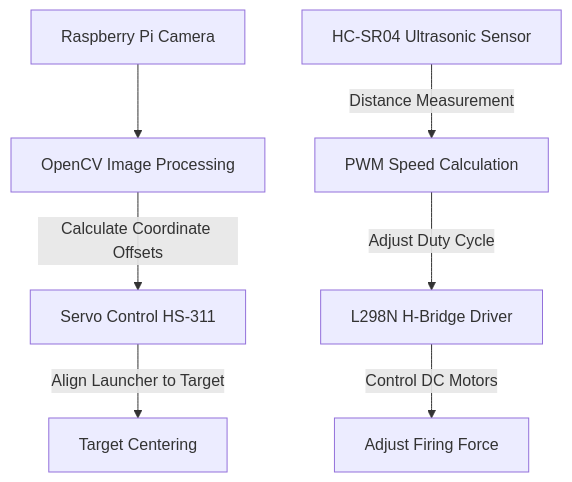
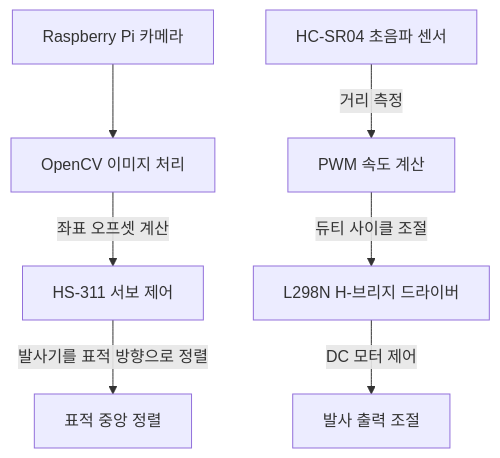
Before and after one commit to AlexL71/dadaboev-portfolio: the diagram in src/pages/ko/research-and-projects/autonomous-ball-launcher.md, drawn with Mermaid. The commit also changed other lines of this file and 27 other files, not shown here.

````diff
--- a/src/pages/ko/research-and-projects/autonomous-ball-launcher.md
+++ b/src/pages/ko/research-and-projects/autonomous-ball-launcher.md
@@ -18,9 +18,9 @@
 ```mermaid
 graph TD
-    A[Raspberry Pi Camera] --> B[OpenCV Image Processing]
-    B -->|Calculate Coordinate Offsets| C[Servo Control HS-311]
-    C -->|Align Launcher to Target| D[Target Centering]
-    E[HC-SR04 Ultrasonic Sensor] -->|Distance Measurement| F[PWM Speed Calculation]
-    F -->|Adjust Duty Cycle| G[L298N H-Bridge Driver]
-    G -->|Control DC Motors| H[Adjust Firing Force]
+    A[Raspberry Pi 카메라] --> B[OpenCV 이미지 처리]
+    B -->|좌표 오프셋 계산| C[HS-311 서보 제어]
+    C -->|발사기를 표적 방향으로 정렬| D[표적 중앙 정렬]
+    E[HC-SR04 초음파 센서] -->|거리 측정| F[PWM 속도 계산]
+    F -->|듀티 사이클 조절| G[L298N H-브리지 드라이버]
+    G -->|DC 모터 제어| H[발사 출력 조절]
 ```
````
